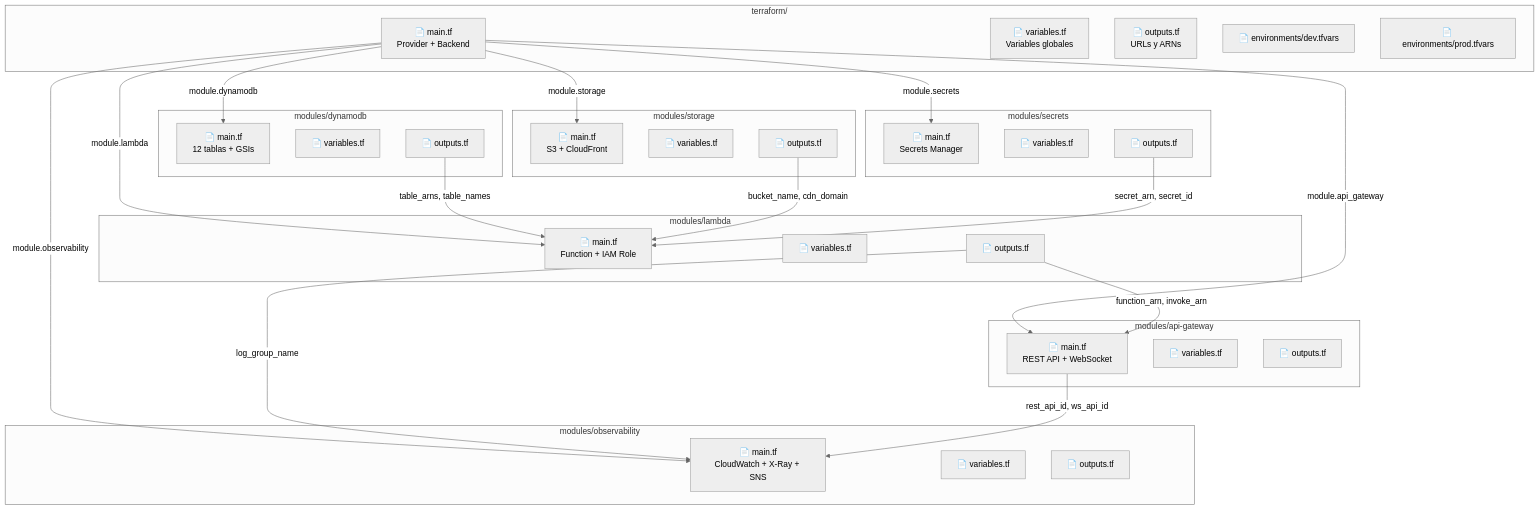
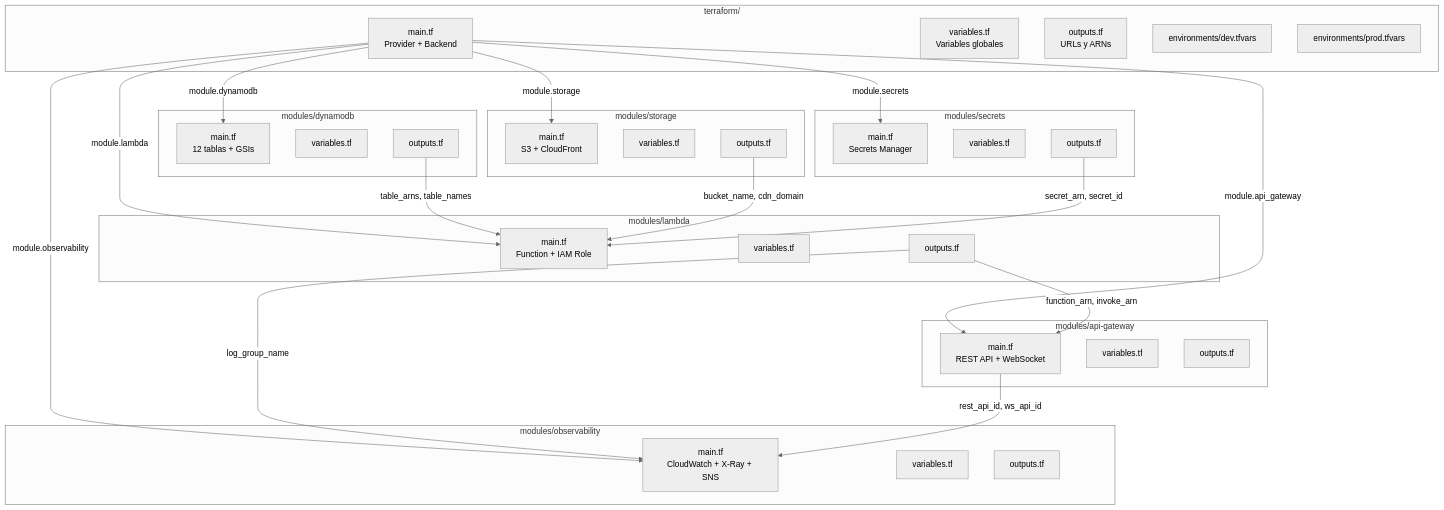
Before and after one commit to Danieltlacuache/DevOps_Project: the fifth of 6 diagrams in docs/design.md, drawn with Mermaid (neutral theme). The commit also changed other lines of this file, not shown here.

````diff
--- a/docs/design.md
+++ b/docs/design.md
@@ -238,60 +238,60 @@
 ```mermaid
 graph TB
     subgraph "terraform/"
-        MAIN[📄 main.tf<br/>Provider + Backend]
-        VARS[📄 variables.tf<br/>Variables globales]
-        OUTPUTS[📄 outputs.tf<br/>URLs y ARNs]
-        DEV_TFVARS[📄 environments/dev.tfvars]
-        PROD_TFVARS[📄 environments/prod.tfvars]
+        MAIN[main.tf<br/>Provider + Backend]
+        VARS[variables.tf<br/>Variables globales]
+        OUTPUTS[outputs.tf<br/>URLs y ARNs]
+        DEV_TFVARS[environments/dev.tfvars]
+        PROD_TFVARS[environments/prod.tfvars]
     end
 
     subgraph "modules/dynamodb"
-        DDB_MAIN[📄 main.tf<br/>12 tablas + GSIs]
-        DDB_VARS[📄 variables.tf]
-        DDB_OUT[📄 outputs.tf]
+        DDB_MAIN[main.tf<br/>12 tablas + GSIs]
+        DDB_VARS[variables.tf]
+        DDB_OUT[outputs.tf]
     end
 
     subgraph "modules/lambda"
-        LBD_MAIN[📄 main.tf<br/>Function + IAM Role]
-        LBD_VARS[📄 variables.tf]
-        LBD_OUT[📄 outputs.tf]
+        LBD_MAIN[main.tf<br/>Function + IAM Role]
+        LBD_VARS[variables.tf]
+        LBD_OUT[outputs.tf]
     end
 
     subgraph "modules/api-gateway"
-        API_MAIN[📄 main.tf<br/>REST API + WebSocket]
-        API_VARS[📄 variables.tf]
-        API_OUT[📄 outputs.tf]
+        API_MAIN[main.tf<br/>REST API + WebSocket]
+        API_VARS[variables.tf]
+        API_OUT[outputs.tf]
     end
 
     subgraph "modules/storage"
-        S3_MAIN[📄 main.tf<br/>S3 + CloudFront]
-        S3_VARS[📄 variables.tf]
-        S3_OUT[📄 outputs.tf]
+        S3_MAIN[main.tf<br/>S3 + CloudFront]
+        S3_VARS[variables.tf]
+        S3_OUT[outputs.tf]
     end
 
     subgraph "modules/observability"
-        OBS_MAIN[📄 main.tf<br/>CloudWatch + X-Ray + SNS]
-        OBS_VARS[📄 variables.tf]
-        OBS_OUT[📄 outputs.tf]
+        OBS_MAIN[main.tf<br/>CloudWatch + X-Ray + SNS]
+        OBS_VARS[variables.tf]
+        OBS_OUT[outputs.tf]
     end
 
     subgraph "modules/secrets"
-        SEC_MAIN[📄 main.tf<br/>Secrets Manager]
-        SEC_VARS[📄 variables.tf]
-        SEC_OUT[📄 outputs.tf]
+        SEC_MAIN[main.tf<br/>Secrets Manager]
+        SEC_VARS[variables.tf]
+        SEC_OUT[outputs.tf]
     end
 
     MAIN -->|module.dynamodb| DDB_MAIN
     MAIN -->|module.lambda| LBD_MAIN
     MAIN -->|module.api_gateway| API_MAIN
     MAIN -->|module.storage| S3_MAIN
     MAIN -->|module.observability| OBS_MAIN
     MAIN -->|module.secrets| SEC_MAIN
 
     DDB_OUT -->|table_arns, table_names| LBD_MAIN
     LBD_OUT -->|function_arn, invoke_arn| API_MAIN
     S3_OUT -->|bucket_name, cdn_domain| LBD_MAIN
     SEC_OUT -->|secret_arn, secret_id| LBD_MAIN
     LBD_OUT -->|log_group_name| OBS_MAIN
     API_MAIN -->|rest_api_id, ws_api_id| OBS_MAIN
 ```
````
